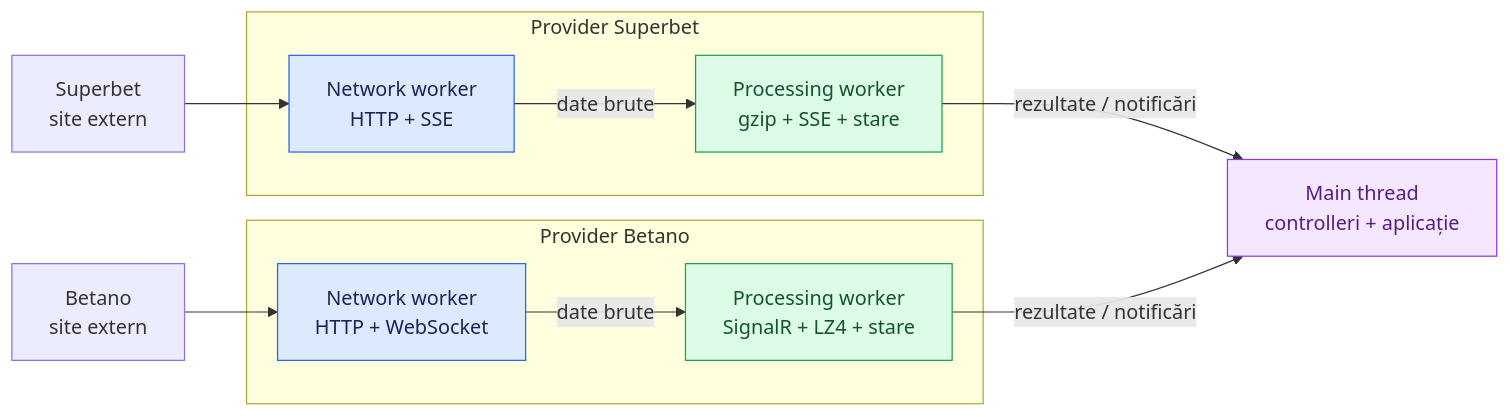
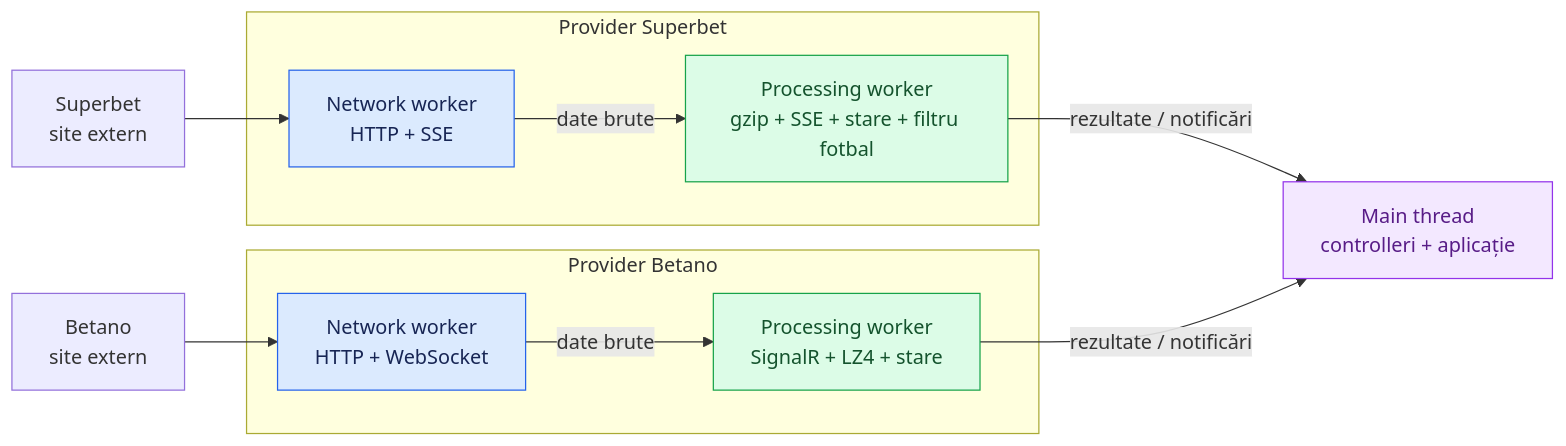
One commit to CristiCP/Advanced-Betting-System changed the diagram in README.md. Above: the diagram before and after it, drawn with Mermaid. The commit also changed other lines of this file and 16 other files, not shown here.

````diff
--- a/README.md
+++ b/README.md
@@ -15,30 +16,30 @@
 ```mermaid
 flowchart LR
     SB["Superbet<br/>site extern"]
     BE["Betano<br/>site extern"]
 
     subgraph SP["Provider Superbet"]
         SN["Network worker<br/>HTTP + SSE"]
-        SW["Processing worker<br/>gzip + SSE + stare"]
+        SW["Processing worker<br/>gzip + SSE + stare + filtru fotbal"]
         SN -->|"date brute"| SW
     end
 
     subgraph BP["Provider Betano"]
         BN["Network worker<br/>HTTP + WebSocket"]
         BW["Processing worker<br/>SignalR + LZ4 + stare"]
         BN -->|"date brute"| BW
     end
 
     MAIN["Main thread<br/>controlleri + aplicație"]
     SB --> SN
     BE --> BN
     SW -->|"rezultate / notificări"| MAIN
     BW -->|"rezultate / notificări"| MAIN
 
     classDef network fill:#dbeafe,stroke:#2563eb,color:#172554
     classDef processing fill:#dcfce7,stroke:#16a34a,color:#14532d
     classDef main fill:#f3e8ff,stroke:#9333ea,color:#581c87
     class SN,BN network
     class SW,BW processing
     class MAIN main
 ```
````
